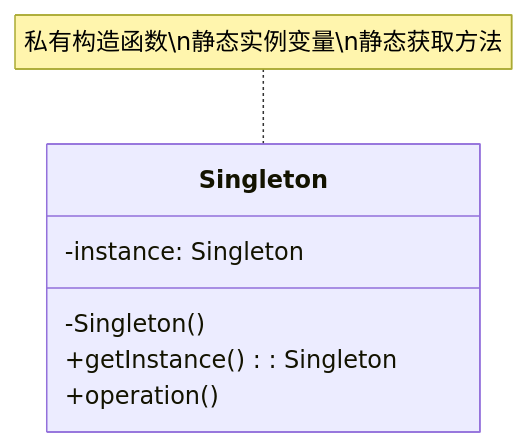
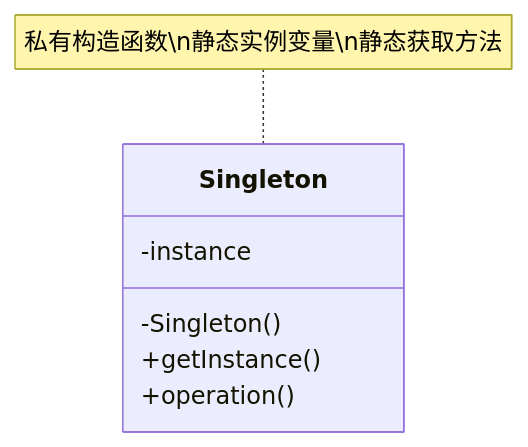
One commit to fanly/DesignPattern changed the first of 2 diagrams in resources/design-patterns/laravel/creational/singleton_zh.md. Above: the diagram before and after it, drawn with Mermaid. The commit also changed 17 other files, not shown here.

````diff
--- a/resources/design-patterns/laravel/creational/singleton_zh.md
+++ b/resources/design-patterns/laravel/creational/singleton_zh.md
@@ -22,11 +22,11 @@
 ```mermaid
 classDiagram
     class Singleton {
-        -instance: Singleton
+        -instance
         -Singleton()
-        +getInstance(): Singleton
+        +getInstance()
         +operation()
     }
     
     note for Singleton "私有构造函数\n静态实例变量\n静态获取方法"
 ```
````
